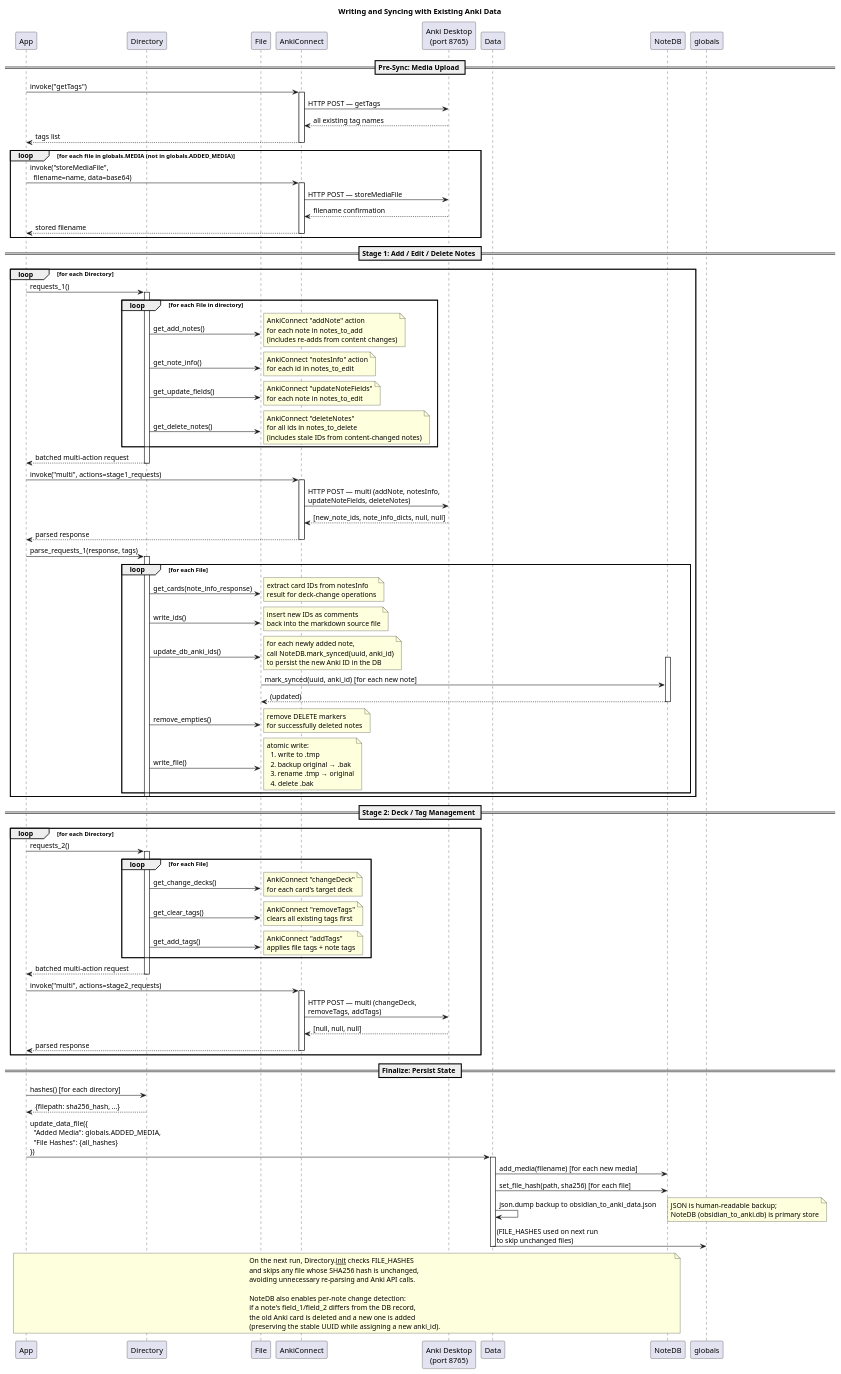
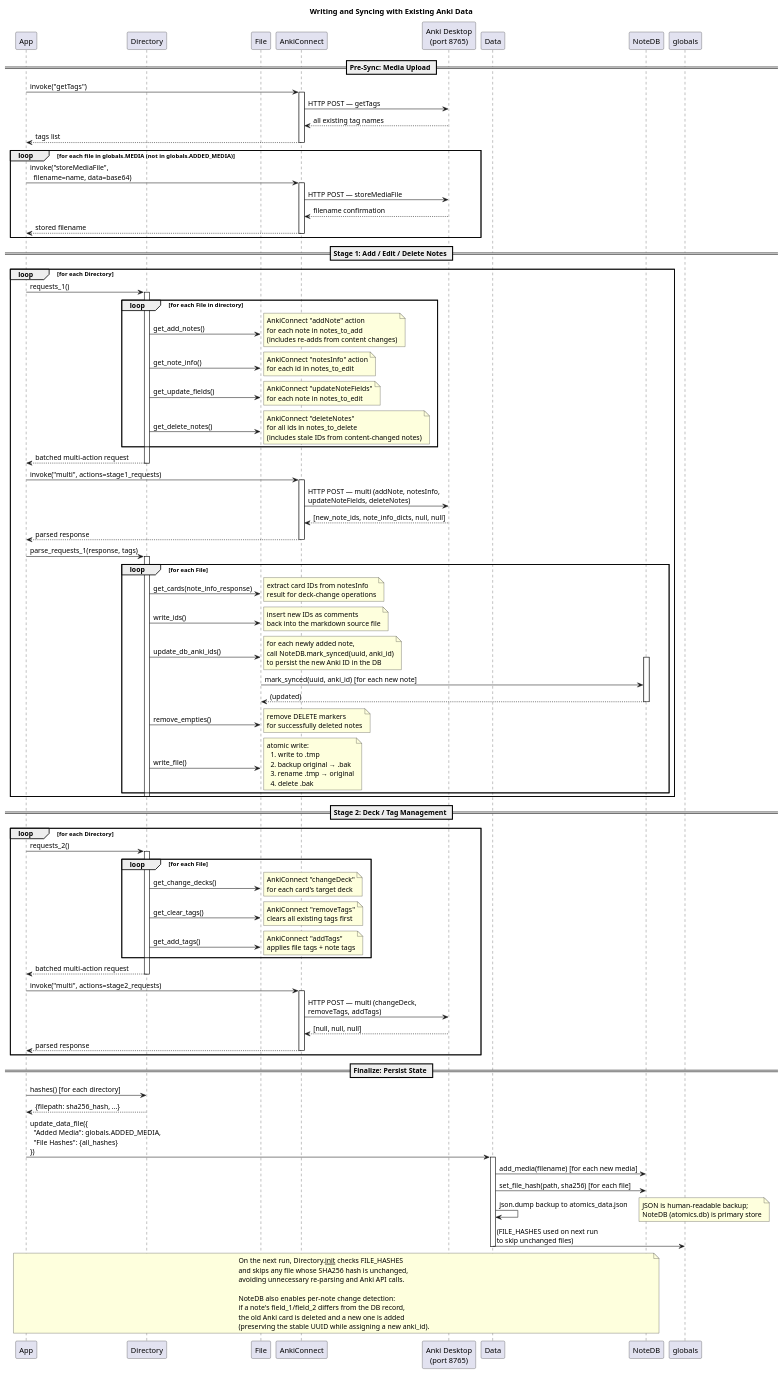
The diagram in docs/sequence_sync.puml (willgraham345/Obsidian_to_Anki), drawn with PlantUML before and after one commit. The commit also changed 37 other files, not shown here.

Commit message:
fixup! refactor: rename package from obsidian_to_anki to atomics

```diff
--- a/docs/sequence_sync.puml
+++ b/docs/sequence_sync.puml
@@ -1,126 +1,126 @@
 @startuml sequence_sync
 title Writing and Syncing with Existing Anki Data
 
 participant App
 participant Directory
 participant File
 participant AnkiConnect
 participant "Anki Desktop\n(port 8765)" as Anki
 participant Data
 participant NoteDB
 participant globals
 
 == Pre-Sync: Media Upload ==
 
 App -> AnkiConnect : invoke("getTags")
 activate AnkiConnect
 AnkiConnect -> Anki : HTTP POST — getTags
 Anki --> AnkiConnect : all existing tag names
 AnkiConnect --> App : tags list
 deactivate AnkiConnect
 
 loop for each file in globals.MEDIA (not in globals.ADDED_MEDIA)
   App -> AnkiConnect : invoke("storeMediaFile",\n  filename=name, data=base64)
   activate AnkiConnect
   AnkiConnect -> Anki : HTTP POST — storeMediaFile
   Anki --> AnkiConnect : filename confirmation
   AnkiConnect --> App : stored filename
   deactivate AnkiConnect
 end
 
 == Stage 1: Add / Edit / Delete Notes ==
 
 loop for each Directory
   App -> Directory : requests_1()
   activate Directory
   loop for each File in directory
     Directory -> File : get_add_notes()
     note right: AnkiConnect "addNote" action\nfor each note in notes_to_add\n(includes re-adds from content changes)
     Directory -> File : get_note_info()
     note right: AnkiConnect "notesInfo" action\nfor each id in notes_to_edit
     Directory -> File : get_update_fields()
     note right: AnkiConnect "updateNoteFields"\nfor each note in notes_to_edit
     Directory -> File : get_delete_notes()
     note right: AnkiConnect "deleteNotes"\nfor all ids in notes_to_delete\n(includes stale IDs from content-changed notes)
   end
   Directory --> App : batched multi-action request
   deactivate Directory
 
   App -> AnkiConnect : invoke("multi", actions=stage1_requests)
   activate AnkiConnect
   AnkiConnect -> Anki : HTTP POST — multi (addNote, notesInfo,\nupdateNoteFields, deleteNotes)
   Anki --> AnkiConnect : [new_note_ids, note_info_dicts, null, null]
   AnkiConnect --> App : parsed response
   deactivate AnkiConnect
 
   App -> Directory : parse_requests_1(response, tags)
   activate Directory
   loop for each File
     Directory -> File : get_cards(note_info_response)
     note right: extract card IDs from notesInfo\nresult for deck-change operations
     Directory -> File : write_ids()
     note right: insert new IDs as comments\nback into the markdown source file
     Directory -> File : update_db_anki_ids()
     activate NoteDB
     note right: for each newly added note,\ncall NoteDB.mark_synced(uuid, anki_id)\nto persist the new Anki ID in the DB
     File -> NoteDB : mark_synced(uuid, anki_id) [for each new note]
     NoteDB --> File : (updated)
     deactivate NoteDB
     Directory -> File : remove_empties()
     note right: remove DELETE markers\nfor successfully deleted notes
     Directory -> File : write_file()
     note right: atomic write:\n  1. write to .tmp\n  2. backup original → .bak\n  3. rename .tmp → original\n  4. delete .bak
   end
   deactivate Directory
 end
 
 == Stage 2: Deck / Tag Management ==
 
 loop for each Directory
   App -> Directory : requests_2()
   activate Directory
   loop for each File
     Directory -> File : get_change_decks()
     note right: AnkiConnect "changeDeck"\nfor each card's target deck
     Directory -> File : get_clear_tags()
     note right: AnkiConnect "removeTags"\nclears all existing tags first
     Directory -> File : get_add_tags()
     note right: AnkiConnect "addTags"\napplies file tags + note tags
   end
   Directory --> App : batched multi-action request
   deactivate Directory
 
   App -> AnkiConnect : invoke("multi", actions=stage2_requests)
   activate AnkiConnect
   AnkiConnect -> Anki : HTTP POST — multi (changeDeck,\nremoveTags, addTags)
   Anki --> AnkiConnect : [null, null, null]
   AnkiConnect --> App : parsed response
   deactivate AnkiConnect
 end
 
 == Finalize: Persist State ==
 
 App -> Directory : hashes() [for each directory]
 Directory --> App : {filepath: sha256_hash, ...}
 
 App -> Data : update_data_file({\n  "Added Media": globals.ADDED_MEDIA,\n  "File Hashes": {all_hashes}\n})
 activate Data
 Data -> NoteDB : add_media(filename) [for each new media]
 Data -> NoteDB : set_file_hash(path, sha256) [for each file]
-Data -> Data : json.dump backup to obsidian_to_anki_data.json
-note right: JSON is human-readable backup;\nNoteDB (obsidian_to_anki.db) is primary store
+Data -> Data : json.dump backup to atomics_data.json
+note right: JSON is human-readable backup;\nNoteDB (atomics.db) is primary store
 Data -> globals : (FILE_HASHES used on next run\nto skip unchanged files)
 deactivate Data
 
 note over App, NoteDB
   On the next run, Directory.__init__ checks FILE_HASHES
   and skips any file whose SHA256 hash is unchanged,
   avoiding unnecessary re-parsing and Anki API calls.
 
   NoteDB also enables per-note change detection:
   if a note's field_1/field_2 differs from the DB record,
   the old Anki card is deleted and a new one is added
   (preserving the stable UUID while assigning a new anki_id).
 end note
 
 @enduml
```
